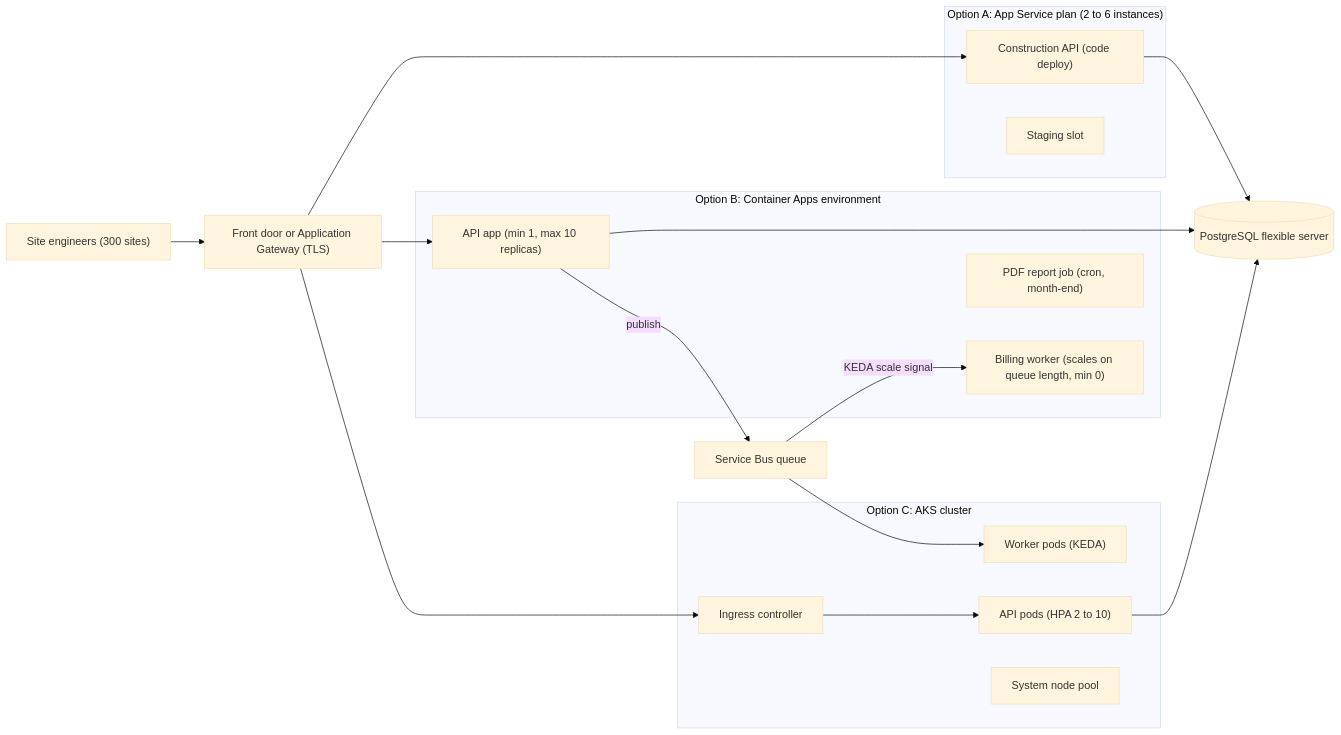
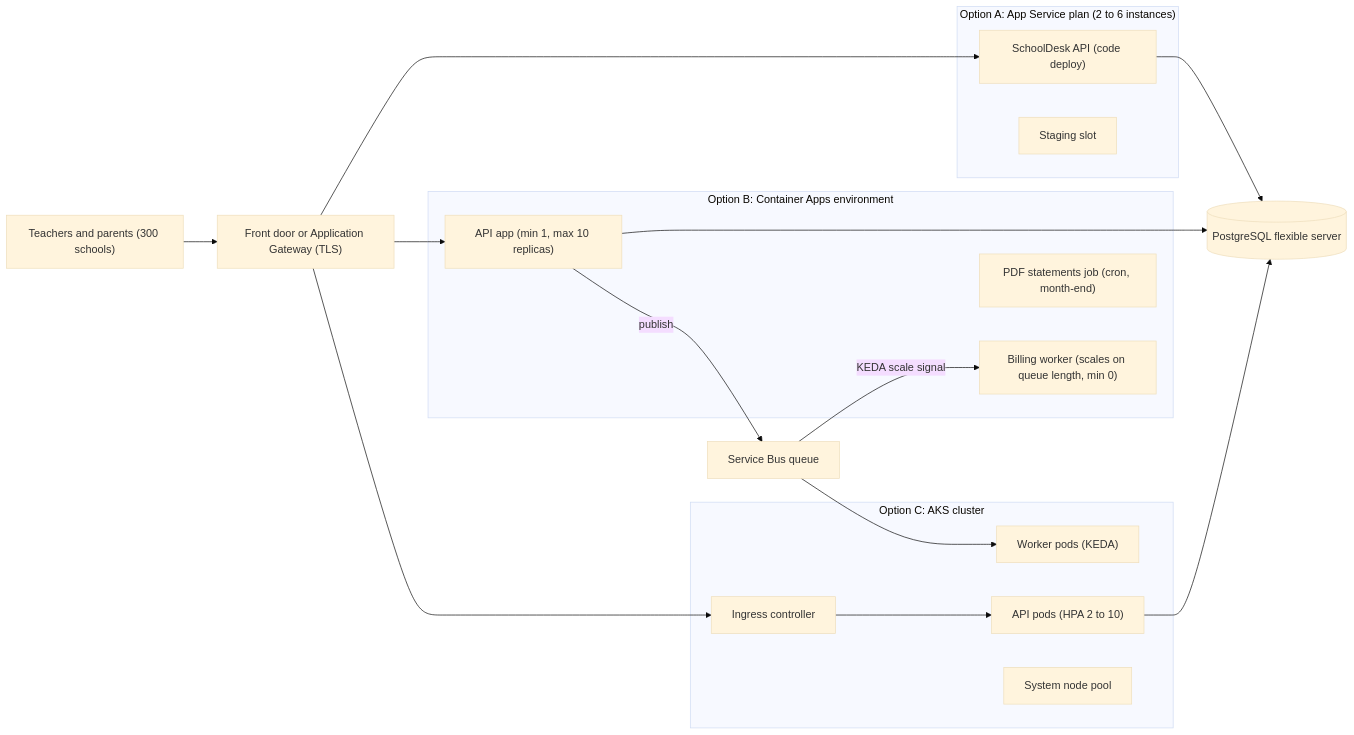
The first of 2 diagrams in content/lessons/m15/m15-azure-compute.md (rizwi0786/system-design-lab), drawn with Mermaid (base theme) before and after one commit. The commit also changed other lines of this file and 334 other files, not shown here.

````diff
--- a/content/lessons/m15/m15-azure-compute.md
+++ b/content/lessons/m15/m15-azure-compute.md
@@ -183,27 +183,27 @@
 ```mermaid
 flowchart LR
-    Users["Site engineers (300 sites)"] --> FD["Front door or Application Gateway (TLS)"]
+    Users["Teachers and parents (300 schools)"] --> FD["Front door or Application Gateway (TLS)"]
     subgraph AS["Option A: App Service plan (2 to 6 instances)"]
-        API1["Construction API (code deploy)"]
+        API1["SchoolDesk API (code deploy)"]
         Slot["Staging slot"]
     end
     subgraph ACA["Option B: Container Apps environment"]
         API2["API app (min 1, max 10 replicas)"]
         Worker["Billing worker (scales on queue length, min 0)"]
-        Job["PDF report job (cron, month-end)"]
+        Job["PDF statements job (cron, month-end)"]
     end
     subgraph K8S["Option C: AKS cluster"]
         Ingress["Ingress controller"] --> Pods["API pods (HPA 2 to 10)"]
         WPods["Worker pods (KEDA)"]
         Sys["System node pool"]
     end
     FD --> API1
     FD --> API2
     FD --> Ingress
     API1 --> PG[("PostgreSQL flexible server")]
     API2 --> PG
     Pods --> PG
     API2 -->|"publish"| Q["Service Bus queue"]
     Q -->|"KEDA scale signal"| Worker
     Q --> WPods
 ```
````
